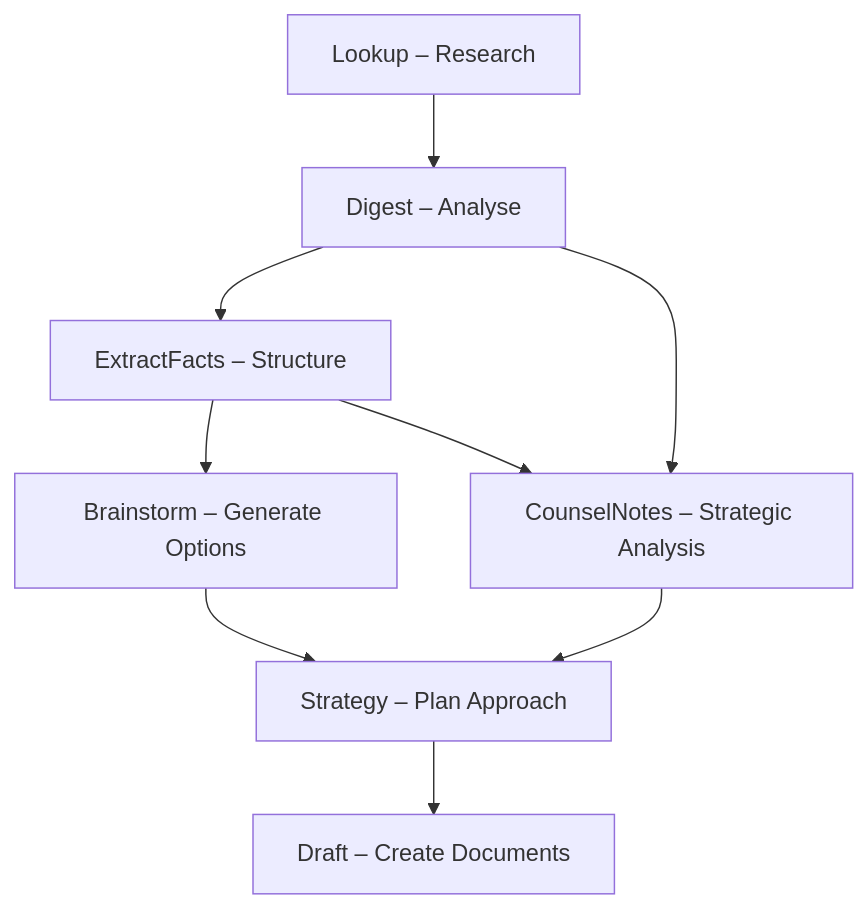
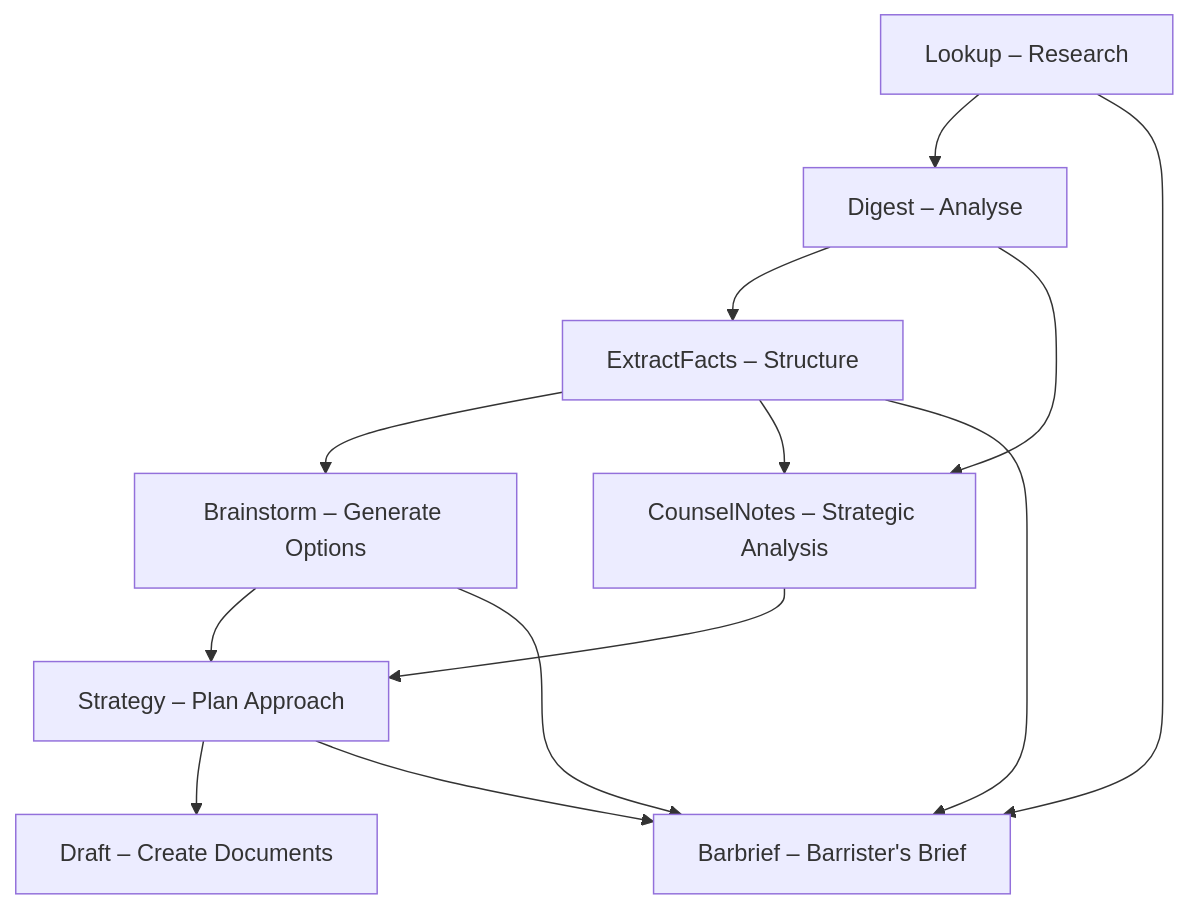
One commit to agelastic/litassist-priv changed the diagram in memory-bank/projectbrief.md. Above: the diagram before and after it, drawn with Mermaid. The commit also changed other lines of this file and 4 other files, not shown here.

````diff
--- a/memory-bank/projectbrief.md
+++ b/memory-bank/projectbrief.md
@@ -5,12 +5,17 @@
 ```mermaid
 graph TD
     A["Lookup – Research"] --> B["Digest – Analyse"]
     B --> C["ExtractFacts – Structure"]
     C --> D["Brainstorm – Generate Options"]
     D --> E["Strategy – Plan Approach"]
     E --> F["Draft – Create Documents"]
     
     B --> G["CounselNotes – Strategic Analysis"]
     C --> G
     G --> E
+    
+    C --> H["Barbrief – Barrister's Brief"]
+    D --> H
+    E --> H
+    A --> H
 ```
````
